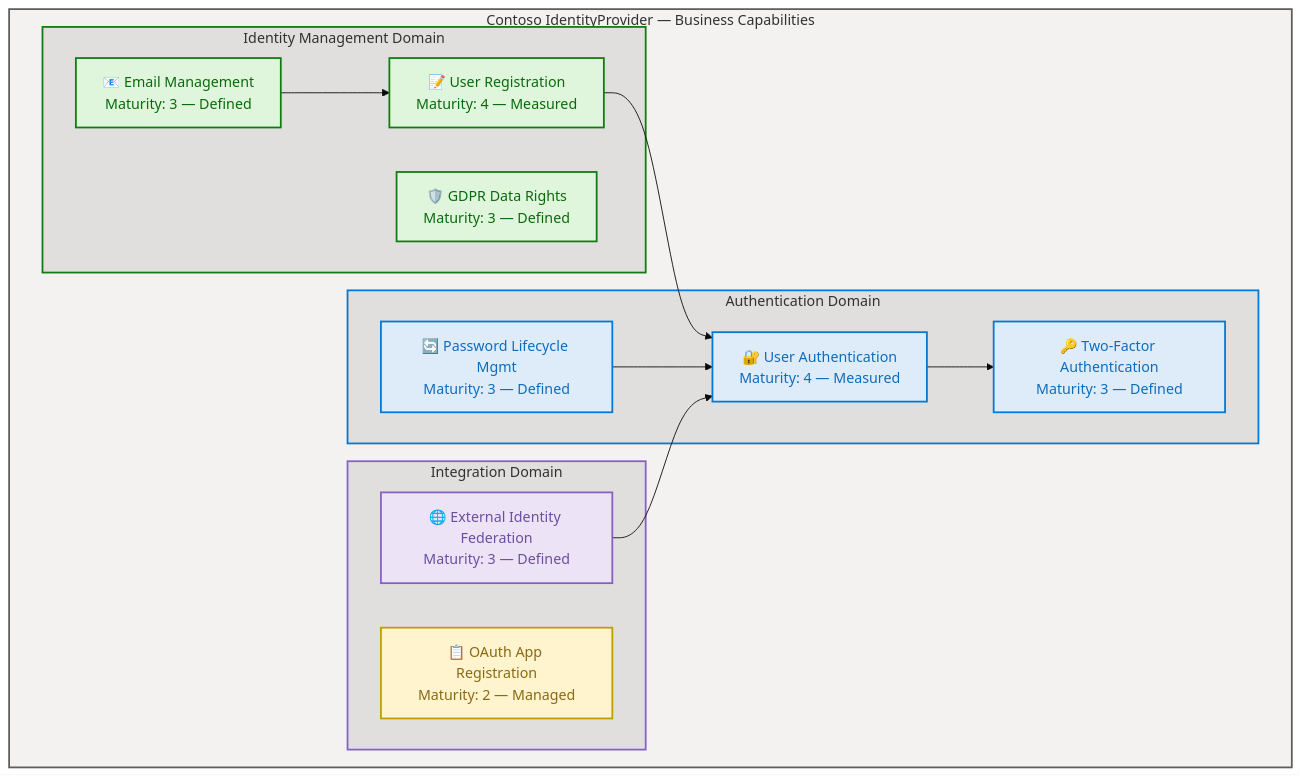
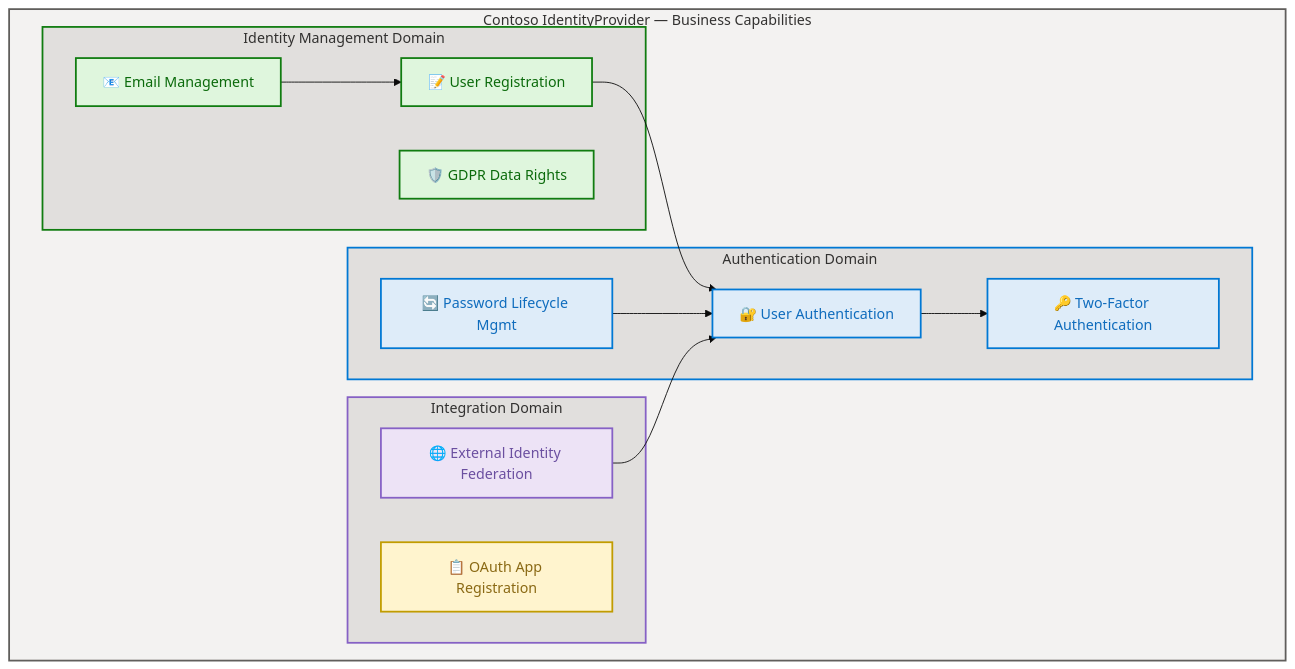
Before and after one commit to Evilazaro/IdentityProvider: the second of 11 diagrams in docs/architecture/business-architecture.md, drawn with Mermaid. The commit also changed other lines of this file, not shown here.

Commit message:
Refactor business capabilities and maturity visualization for improved clarity in business architecture documentation

````diff
--- a/docs/architecture/business-architecture.md
+++ b/docs/architecture/business-architecture.md
@@ -179,51 +179,51 @@
 ```mermaid
 ---
 config:
   theme: base
   look: classic
   layout: dagre
   themeVariables:
     fontSize: '16px'
 ---
 flowchart TB
     accTitle: Business Capability Map — Contoso IdentityProvider
     accDescr: Hierarchical view of 8 business capabilities organized by Authentication, Identity Management, and Integration domains
 
     subgraph main["Contoso IdentityProvider — Business Capabilities"]
         subgraph authDomain["Authentication Domain"]
-            cap1["🔐 User Authentication<br/>Maturity: 4 — Measured"]
-            cap3["🔑 Two-Factor Authentication<br/>Maturity: 3 — Defined"]
-            cap4["🔄 Password Lifecycle Mgmt<br/>Maturity: 3 — Defined"]
+            cap1["🔐 User Authentication"]
+            cap3["🔑 Two-Factor Authentication"]
+            cap4["🔄 Password Lifecycle Mgmt"]
         end
 
         subgraph idmDomain["Identity Management Domain"]
-            cap2["📝 User Registration<br/>Maturity: 4 — Measured"]
-            cap6["🛡️ GDPR Data Rights<br/>Maturity: 3 — Defined"]
-            cap8["📧 Email Management<br/>Maturity: 3 — Defined"]
+            cap2["📝 User Registration"]
+            cap6["🛡️ GDPR Data Rights"]
+            cap8["📧 Email Management"]
         end
 
         subgraph intDomain["Integration Domain"]
-            cap5["🌐 External Identity Federation<br/>Maturity: 3 — Defined"]
-            cap7["📋 OAuth App Registration<br/>Maturity: 2 — Managed"]
+            cap5["🌐 External Identity Federation"]
+            cap7["📋 OAuth App Registration"]
         end
     end
 
     cap2 --> cap1
     cap1 --> cap3
     cap4 --> cap1
     cap5 --> cap1
     cap8 --> cap2
 
     style main fill:#F3F2F1,stroke:#605E5C,stroke-width:2px,color:#323130
     style authDomain fill:#E1DFDD,stroke:#0078D4,stroke-width:2px,color:#323130
     style idmDomain fill:#E1DFDD,stroke:#107C10,stroke-width:2px,color:#323130
     style intDomain fill:#E1DFDD,stroke:#8661C5,stroke-width:2px,color:#323130
     style cap1 fill:#DEECF9,stroke:#0078D4,stroke-width:2px,color:#0F6CBD
     style cap2 fill:#DFF6DD,stroke:#107C10,stroke-width:2px,color:#0B6A0B
     style cap3 fill:#DEECF9,stroke:#0078D4,stroke-width:2px,color:#0F6CBD
     style cap4 fill:#DEECF9,stroke:#0078D4,stroke-width:2px,color:#0F6CBD
     style cap5 fill:#EDE3F6,stroke:#8661C5,stroke-width:2px,color:#6B4FA0
     style cap6 fill:#DFF6DD,stroke:#107C10,stroke-width:2px,color:#0B6A0B
     style cap7 fill:#FFF4CE,stroke:#C19C00,stroke-width:2px,color:#8A6914
     style cap8 fill:#DFF6DD,stroke:#107C10,stroke-width:2px,color:#0B6A0B
 ```
````
